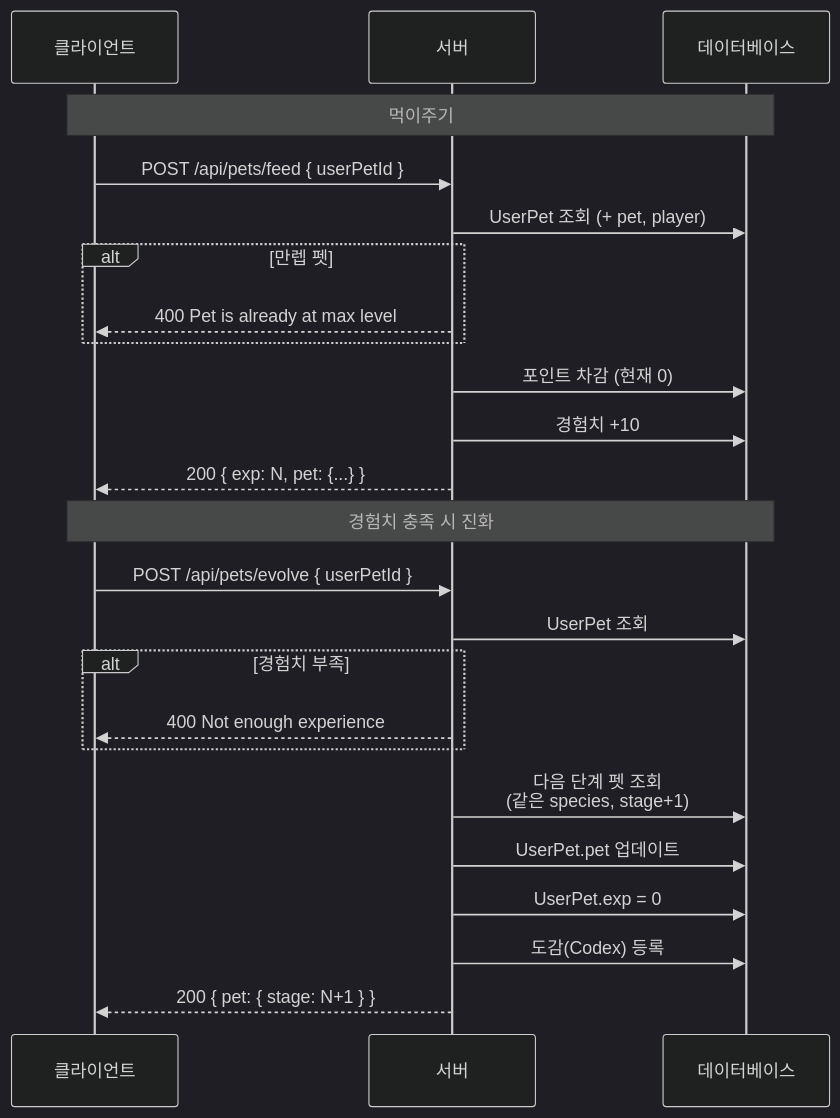
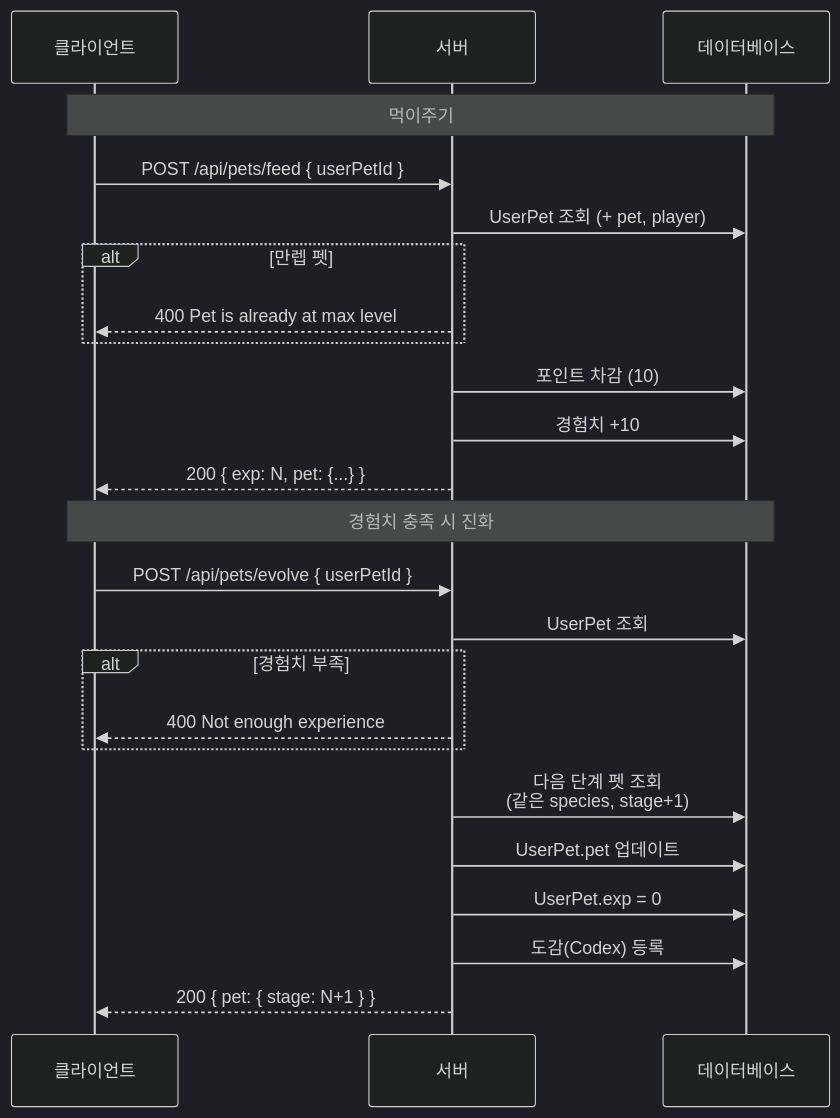
The second of 5 diagrams in docs/features/PET_SYSTEM.md (boostcampwm2025/web19-estrogenquattro), drawn with Mermaid (dark theme) before and after one commit. The commit also changed other lines of this file and 97 other files, not shown here.

````diff
--- a/docs/features/PET_SYSTEM.md
+++ b/docs/features/PET_SYSTEM.md
@@ -84,32 +85,32 @@
 ```mermaid
 sequenceDiagram
     participant C as 클라이언트
     participant S as 서버
     participant DB as 데이터베이스
 
     Note over C,DB: 먹이주기
     C->>S: POST /api/pets/feed { userPetId }
     S->>DB: UserPet 조회 (+ pet, player)
 
     alt 만렙 펫
         S-->>C: 400 Pet is already at max level
     end
 
-    S->>DB: 포인트 차감 (현재 0)
+    S->>DB: 포인트 차감 (10)
     S->>DB: 경험치 +10
     S-->>C: 200 { exp: N, pet: {...} }
 
     Note over C,DB: 경험치 충족 시 진화
     C->>S: POST /api/pets/evolve { userPetId }
     S->>DB: UserPet 조회
 
     alt 경험치 부족
         S-->>C: 400 Not enough experience
     end
 
     S->>DB: 다음 단계 펫 조회<br/>(같은 species, stage+1)
     S->>DB: UserPet.pet 업데이트
     S->>DB: UserPet.exp = 0
     S->>DB: 도감(Codex) 등록
     S-->>C: 200 { pet: { stage: N+1 } }
 ```
````
